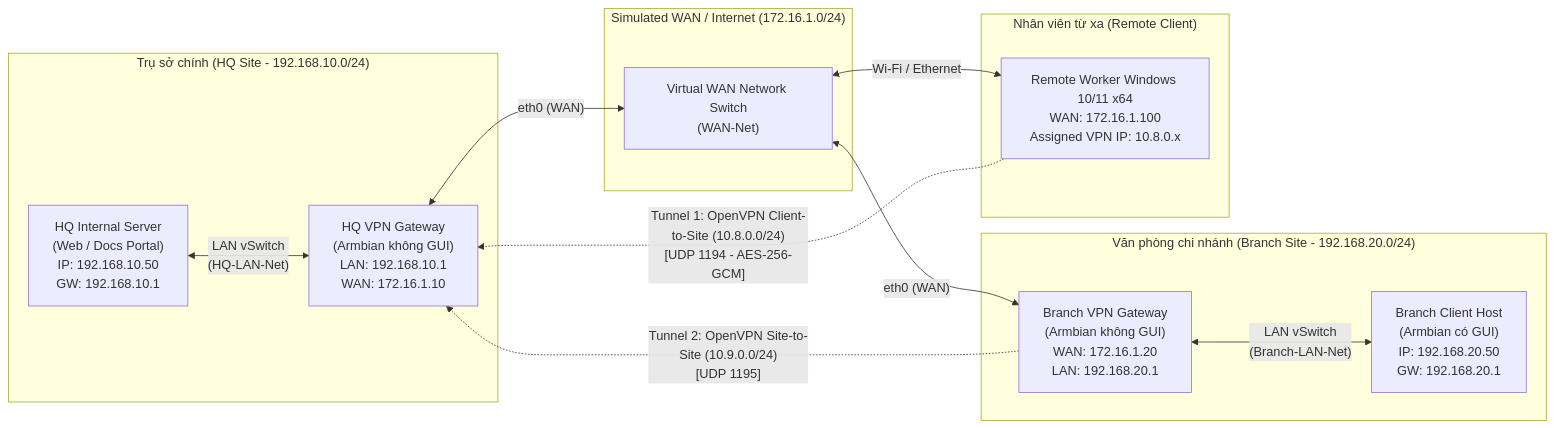
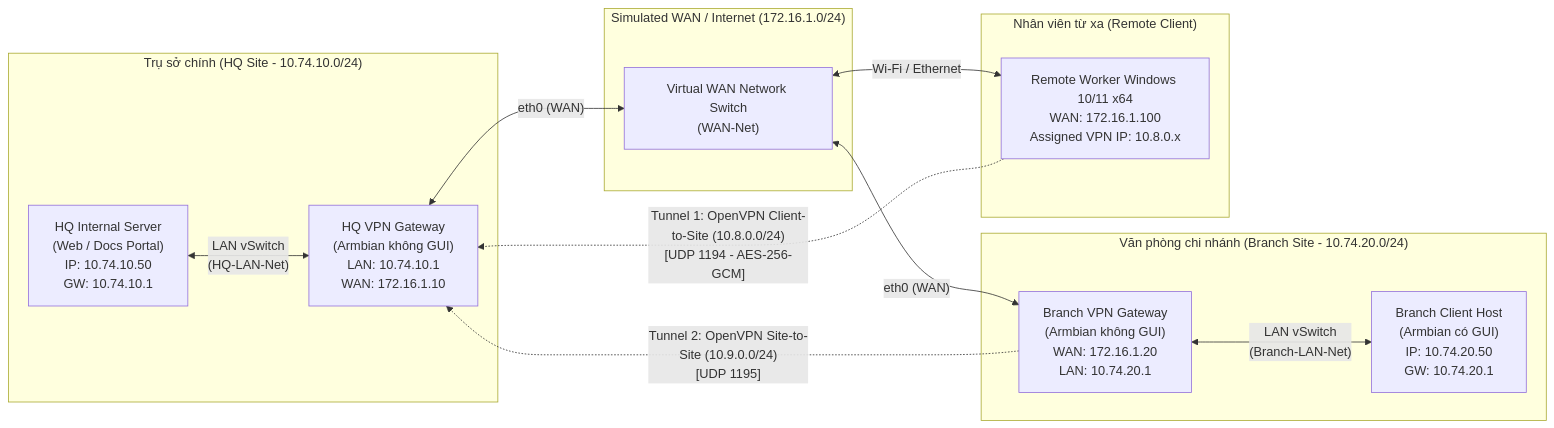
Before and after one commit to Sleepy2608/VPN-Site-to-Site-and-Client-to-Site-Implementation: the diagram in docs/technical-guides/02-network-topology.md, drawn with Mermaid. The commit also changed other lines of this file and 59 other files, not shown here.

````diff
--- a/docs/technical-guides/02-network-topology.md
+++ b/docs/technical-guides/02-network-topology.md
@@ -15,30 +15,30 @@
 ```mermaid
 flowchart LR
-    subgraph HQ_SITE ["Trụ sở chính (HQ Site - 192.168.10.0/24)"]
-        HQ_Server["HQ Internal Server\n(Web / Docs Portal)\nIP: 192.168.10.50\nGW: 192.168.10.1"]
-        HQ_GW["HQ VPN Gateway\n(Armbian không GUI)\nLAN: 192.168.10.1\nWAN: 172.16.1.10"]
+    subgraph HQ_SITE ["Trụ sở chính (HQ Site - 10.74.10.0/24)"]
+        HQ_Server["HQ Internal Server\n(Web / Docs Portal)\nIP: 10.74.10.50\nGW: 10.74.10.1"]
+        HQ_GW["HQ VPN Gateway\n(Armbian không GUI)\nLAN: 10.74.10.1\nWAN: 172.16.1.10"]
         HQ_Server <-->|"LAN vSwitch\n(HQ-LAN-Net)"| HQ_GW
     end
 
     subgraph WAN_ENV ["Simulated WAN / Internet (172.16.1.0/24)"]
         WAN_SW["Virtual WAN Network Switch\n(WAN-Net)"]
     end
 
-    subgraph BRANCH_SITE ["Văn phòng chi nhánh (Branch Site - 192.168.20.0/24)"]
-        BR_GW["Branch VPN Gateway\n(Armbian không GUI)\nWAN: 172.16.1.20\nLAN: 192.168.20.1"]
-        BR_PC["Branch Client Host\n(Armbian có GUI)\nIP: 192.168.20.50\nGW: 192.168.20.1"]
+    subgraph BRANCH_SITE ["Văn phòng chi nhánh (Branch Site - 10.74.20.0/24)"]
+        BR_GW["Branch VPN Gateway\n(Armbian không GUI)\nWAN: 172.16.1.20\nLAN: 10.74.20.1"]
+        BR_PC["Branch Client Host\n(Armbian có GUI)\nIP: 10.74.20.50\nGW: 10.74.20.1"]
         BR_GW <-->|"LAN vSwitch\n(Branch-LAN-Net)"| BR_PC
     end
 
     subgraph REMOTE_WORKER ["Nhân viên từ xa (Remote Client)"]
         RW_PC["Remote Worker Windows 10/11 x64\nWAN: 172.16.1.100\nAssigned VPN IP: 10.8.0.x"]
     end
 
     HQ_GW <-->|"eth0 (WAN)"| WAN_SW
     WAN_SW <-->|"eth0 (WAN)"| BR_GW
     WAN_SW <-->|"Wi-Fi / Ethernet"| RW_PC
 
     %% Đường hầm VPN
     RW_PC -.->|"Tunnel 1: OpenVPN Client-to-Site (10.8.0.0/24)\n[UDP 1194 - AES-256-GCM]"| HQ_GW
     BR_GW -.->|"Tunnel 2: OpenVPN Site-to-Site (10.9.0.0/24)\n[UDP 1195]"| HQ_GW
 ```
````
